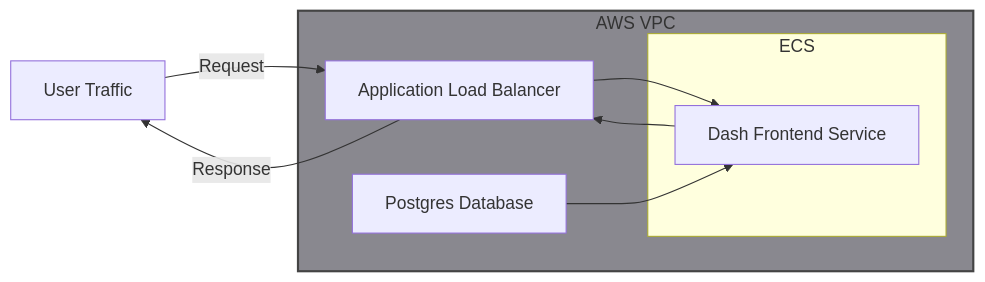
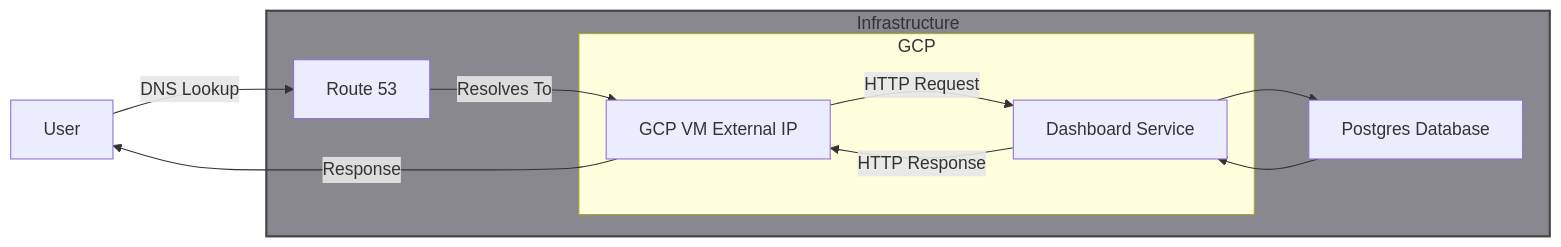
One commit to jyablonski/doqs changed the diagram in src/content/docs/services/dash_frontend.md. Above: the diagram before and after it, drawn with Mermaid. The commit also changed other lines of this file and 4 other files, not shown here.

````diff
--- a/src/content/docs/services/dash_frontend.md
+++ b/src/content/docs/services/dash_frontend.md
@@ -14,17 +14,22 @@
 ``` mermaid
 graph LR
-    User[User Traffic] -->|Request| ALB[Application Load Balancer]
-    ALB -->|Response| User
-    ALB --> DASH[Dash Frontend Service]
-    DASH --> ALB
-    DB[Postgres Database] --> DASH
-    subgraph VPC[AWS VPC]
-        ALB
-        DB
-        subgraph ECSBox[ECS]
+    User[User] -->|DNS Lookup| R53[Route 53]
+    R53 -->|Resolves To| GCPVM[GCP VM External IP]
+    GCPVM -->|HTTP Request| DASH[Dashboard Service]
+    DASH -->DB[Postgres Database]
+    DB --> DASH
+    DASH -->|HTTP Response| GCPVM
+    GCPVM -->|Response| User
+
+    subgraph Infra[Infrastructure]
+        R53
+        subgraph GoogleCloud[GCP]
+            GCPVM
             DASH
         end
+        DB
     end
 
-  style VPC fill:#89888f,stroke:#444444,stroke-width:2px
+    style Infra fill:#89888f,stroke:#444444,stroke-width:2px
+
 ```
````
